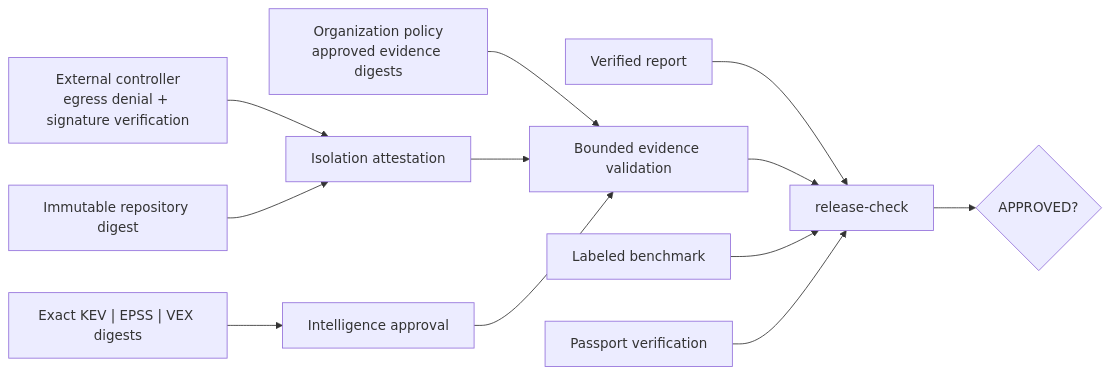
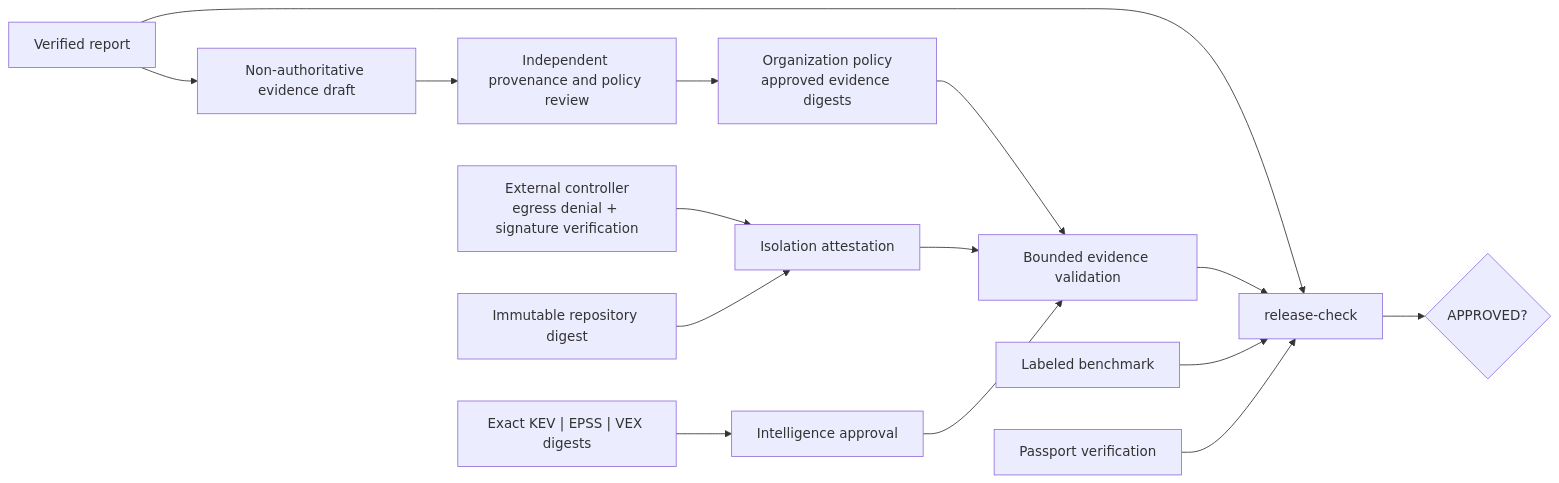
Before and after one commit to willtran87/project-py-security-suite: the fourth of 11 diagrams in docs/design.md, drawn with Mermaid. The commit also changed other lines of this file and 86 other files, not shown here.

````diff
--- a/docs/design.md
+++ b/docs/design.md
@@ -130,14 +164,17 @@
 ```mermaid
 flowchart LR
     Org["Organization policy<br/>approved evidence digests"] --> Validate["Bounded evidence validation"]
     Runner["External controller<br/>egress denial + signature verification"] --> Evidence["Isolation attestation"]
     Repo["Immutable repository digest"] --> Evidence
     Evidence --> Validate
+    Report --> Draft["Non-authoritative evidence draft"]
+    Draft --> Review["Independent provenance and policy review"]
+    Review --> Org
     Snapshots["Exact KEV | EPSS | VEX digests"] --> Approval["Intelligence approval"]
     Approval --> Validate
     Report["Verified report"] --> Gate["release-check"]
     Validate --> Gate
     Effectiveness["Labeled benchmark"] --> Gate
     Passport["Passport verification"] --> Gate
     Gate --> Decision{"APPROVED?"}
 ```
````
